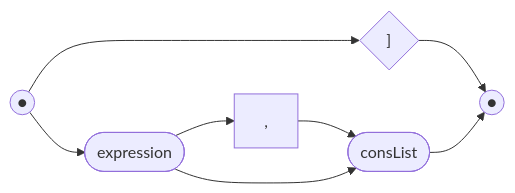
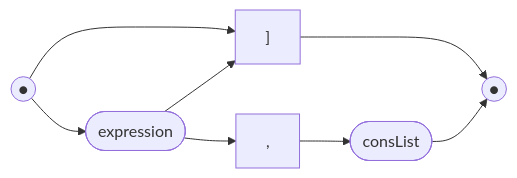
One commit to billhails/CEKF changed diagram 48 of 59 in docs/railroad.md. Above: the diagram before and after it, drawn with Mermaid. The commit also changed other lines of this file and 1 other file, not shown here.

````diff
--- a/docs/railroad.md
+++ b/docs/railroad.md
@@ -673,9 +703,9 @@
 ```mermaid
 flowchart LR
 s(("●"))
 e(("●"))
-s --> rsq{"]"} --> e
+s --> rsq["]"] --> e
 s --> expr([expression])
 expr --> comma[","] --> cl([consList]) --> e
-expr --> cl
+expr --> rsq
 ```
````
